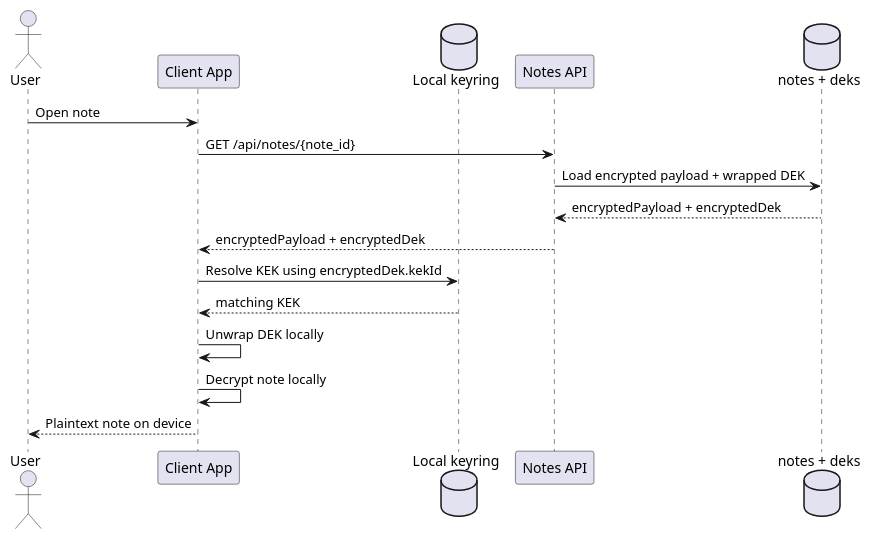
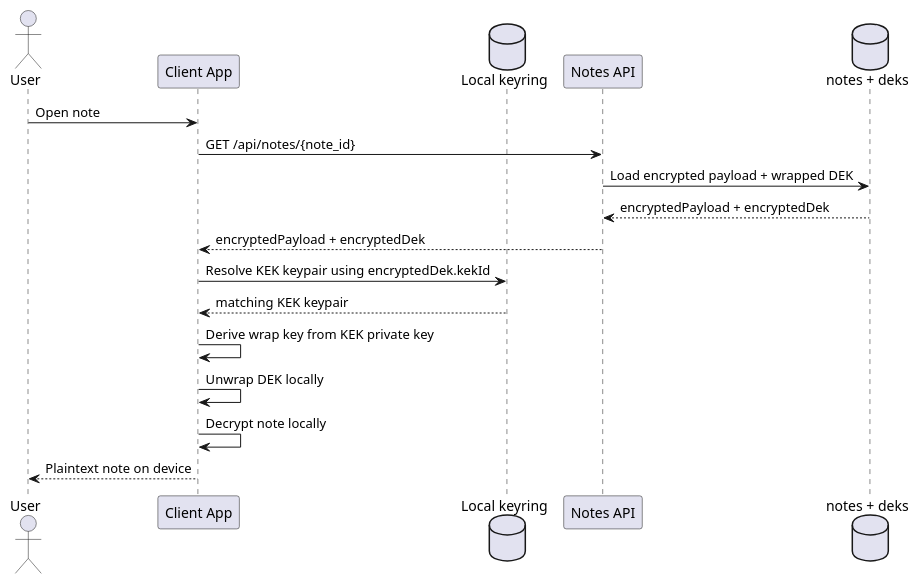
The second of 3 diagrams in apps/docs/docs/auth-note-encryption.md (benedikt-weyer/preset-reactnative-expo-frontend-rust-backend-e2ee-github), drawn with PlantUML before and after one commit. The commit also changed other lines of this file and 31 other files, not shown here.

First line of the commit message:
feat!: implement asymmetric KEK keypair management and encryption

````diff
--- a/apps/docs/docs/auth-note-encryption.md
+++ b/apps/docs/docs/auth-note-encryption.md
@@ -64,22 +68,23 @@
 ```plantuml format="svg_inline" alt="Encrypted note load sequence" title="Encrypted note load sequence"
 @startuml
 skinparam shadowing false
 
 actor User
 participant "Client App" as Client
 database "Local keyring" as Keyring
 participant "Notes API" as Api
 database "notes + deks" as Store
 
 User -> Client: Open note
 Client -> Api: GET /api/notes/{note_id}
 Api -> Store: Load encrypted payload + wrapped DEK
 Store --> Api: encryptedPayload + encryptedDek
 Api --> Client: encryptedPayload + encryptedDek
-Client -> Keyring: Resolve KEK using encryptedDek.kekId
-Keyring --> Client: matching KEK
+Client -> Keyring: Resolve KEK keypair using encryptedDek.kekId
+Keyring --> Client: matching KEK keypair
+Client -> Client: Derive wrap key from KEK private key
 Client -> Client: Unwrap DEK locally
 Client -> Client: Decrypt note locally
 Client --> User: Plaintext note on device
 @enduml
 ```
````
